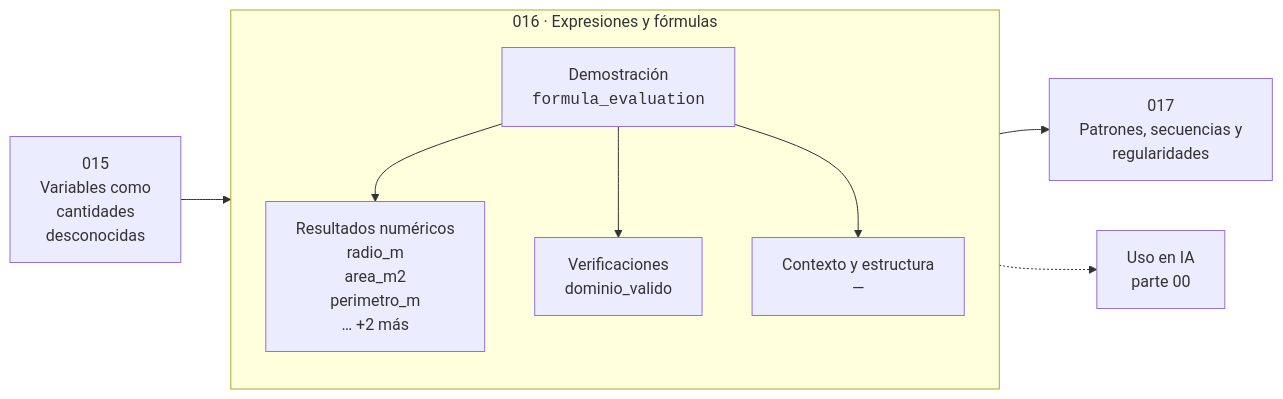
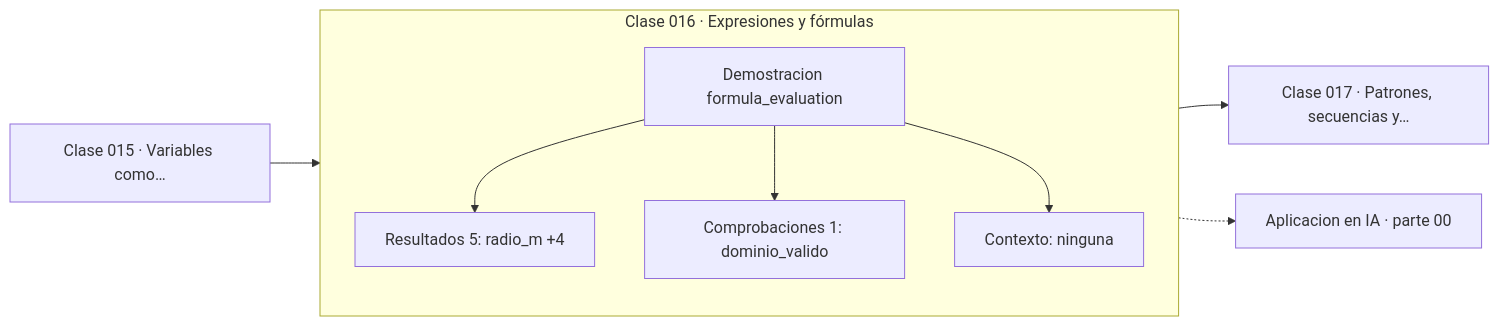
Before and after one commit to vladimiracunadev-create/computational-mathematics-program: the diagram in classes/part-00-pensamiento-matematico-desde-cero/016-expresiones-y-formulas/README.md, drawn with Mermaid. The commit also changed 389 other files, not shown here.

First line of the commit message:
fix(diagramas): elimina el HTML de las etiquetas Mermaid

````diff
--- a/classes/part-00-pensamiento-matematico-desde-cero/016-expresiones-y-formulas/README.md
+++ b/classes/part-00-pensamiento-matematico-desde-cero/016-expresiones-y-formulas/README.md
@@ -35,12 +35,13 @@
 ```mermaid
 flowchart LR
-    P["015<br/>Variables como<br/>cantidades<br/>desconocidas"] --> C
-    subgraph C["016 · Expresiones y fórmulas"]
+    P["Clase 015 · Variables como…"] --> D
+    subgraph CLASE["Clase 016 · Expresiones y fórmulas"]
         direction TB
-        D["Demostración<br/><code>formula_evaluation</code>"] --> R["Resultados numéricos<br/>radio_m<br/>area_m2<br/>perimetro_m<br/>… +2 más"]
-        D --> V["Verificaciones<br/>dominio_valido"]
-        D --> O["Contexto y estructura<br/>—"]
+        D["Demostracion formula_evaluation"]
+        D --> R["Resultados 5: radio_m +4"]
+        D --> V["Comprobaciones 1: dominio_valido"]
+        D --> O["Contexto: ninguna"]
     end
-    C --> N["017<br/>Patrones, secuencias y<br/>regularidades"]
-    C -.-> IA["Uso en IA<br/>parte 00"]
+    R --> N["Clase 017 · Patrones, secuencias y…"]
+    V -.-> IA["Aplicacion en IA · parte 00"]
 ```
````
